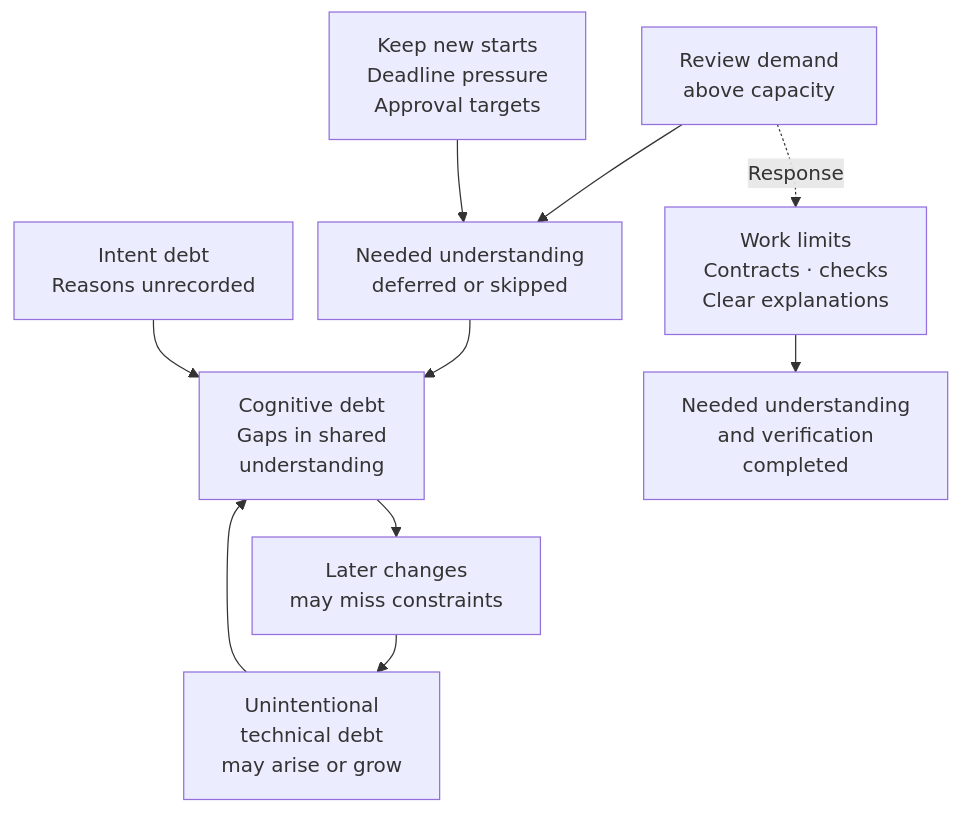
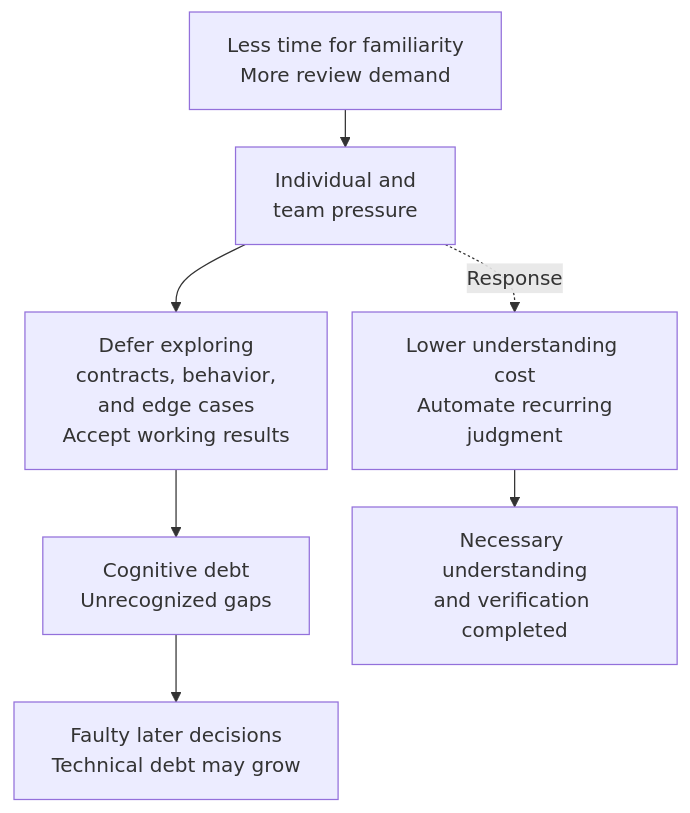
Before and after one commit to haandol/haandol.github.com: the first of 2 diagrams in _en/2026-08-18-ai-coding-review-cognitive-load.md, drawn with Mermaid. The commit also changed other lines of this file and 3 other files, not shown here.

Commit message:
docs: refocus cognitive debt article on familiarity and review bottlenecks

````diff
--- a/_en/2026-08-18-ai-coding-review-cognitive-load.md
+++ b/_en/2026-08-18-ai-coding-review-cognitive-load.md
@@ -176,13 +84,10 @@
 ```mermaid
 %%{init: {"flowchart": {"nodeSpacing": 20, "rankSpacing": 30}}}%%
 flowchart TD
-    A["Review demand<br/>above capacity"] --> B["Needed understanding<br/>deferred or skipped"]
-    P["Keep new starts<br/>Deadline pressure<br/>Approval targets"] --> B
-    B --> C["Cognitive debt<br/>Gaps in shared<br/>understanding"]
-    D["Intent debt<br/>Reasons unrecorded"] --> C
-    C --> E["Later changes<br/>may miss constraints"]
-    E --> F["Unintentional<br/>technical debt<br/>may arise or grow"]
-    F --> C
-    A -. "Response" .-> G["Work limits<br/>Contracts · checks<br/>Clear explanations"]
-    G --> H["Needed understanding<br/>and verification<br/>completed"]
+    A["Less time for familiarity<br/>More review demand"] --> B["Individual and<br/>team pressure"]
+    B --> C["Defer exploring<br/>contracts, behavior,<br/>and edge cases<br/>Accept working results"]
+    C --> D["Cognitive debt<br/>Unrecognized gaps"]
+    D --> E["Faulty later decisions<br/>Technical debt may grow"]
+    B -. "Response" .-> F["Lower understanding cost<br/>Automate recurring<br/>judgment"]
+    F --> G["Necessary understanding<br/>and verification completed"]
 ```
````
